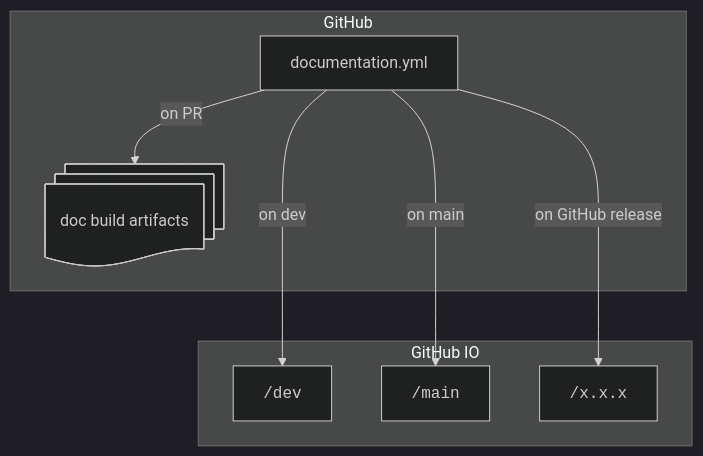
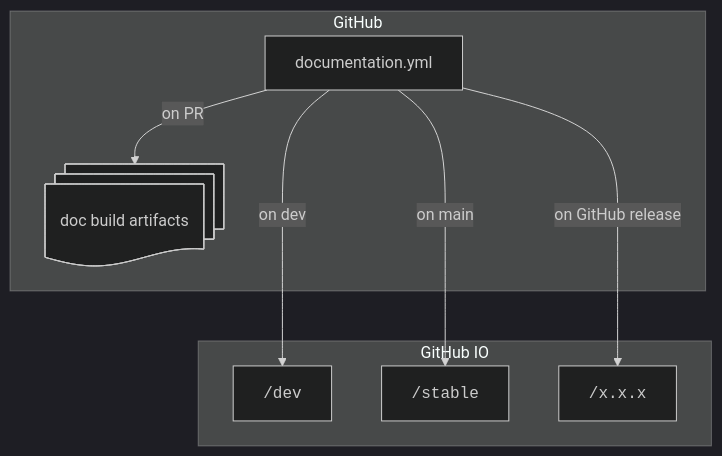
The diagram in pysphinxdoc/resources/mermaid/doc_deploy.mmd (brainprepdesk/pysphinxdoc), drawn with Mermaid (dark theme) before and after one commit. The commit also changed 5 other files, not shown here.

```diff
--- a/pysphinxdoc/resources/mermaid/doc_deploy.mmd
+++ b/pysphinxdoc/resources/mermaid/doc_deploy.mmd
@@ -1,17 +1,17 @@
 flowchart TD
 
 subgraph GitHub IO
 doc_dev["<code>/dev"]
-doc_stable["<code>/main"]
+doc_stable["<code>/stable"]
 doc_x.x.x["<code>/x.x.x"]
 end
 
 subgraph GitHub
 DocumentationBuilder["documentation.yml"]
 artifacts@{ shape: docs, label: "doc build artifacts" }
 end
 
 DocumentationBuilder -- on main --> doc_stable
 DocumentationBuilder -- on dev --> doc_dev
 DocumentationBuilder -- on GitHub release ---> doc_x.x.x
 DocumentationBuilder -- on PR --> artifacts
```
